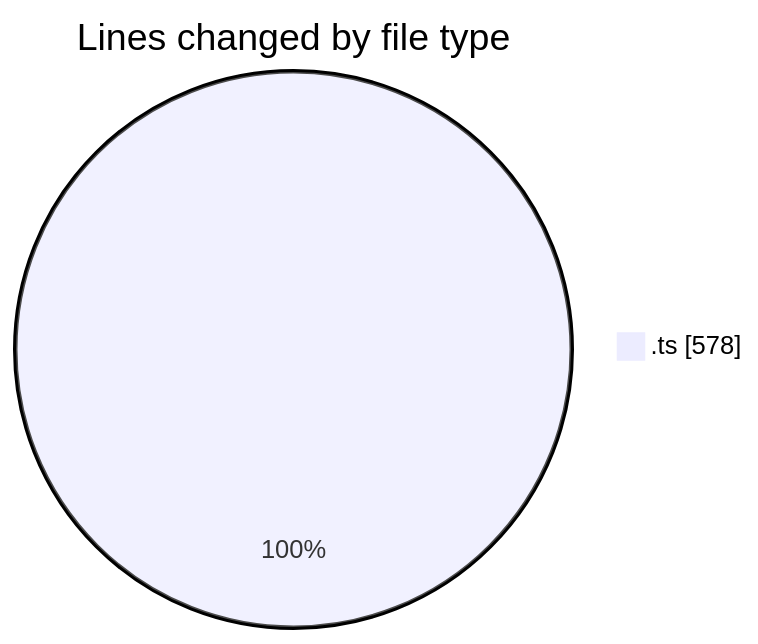
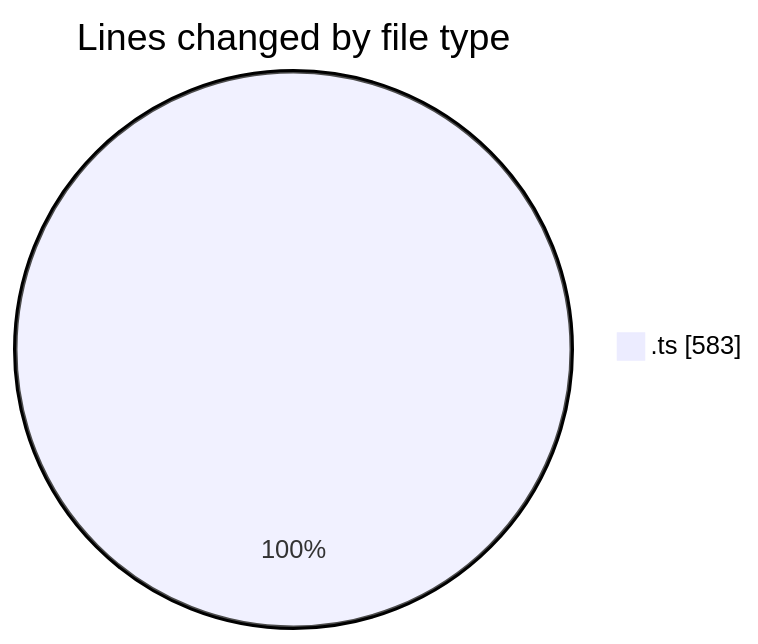
Before and after one commit to momahboobian/code-tracking: the first of 2 diagrams in 2025-06-24/cda/README.md, drawn with Mermaid. The commit also changed other lines of this file and 1 other file, not shown here.

````diff
--- a/2025-06-24/cda/README.md
+++ b/2025-06-24/cda/README.md
@@ -20,5 +20,5 @@
 ```mermaid
 pie showData
 title Lines changed by file type
-".ts" : 578
+".ts" : 583
 ```
````
